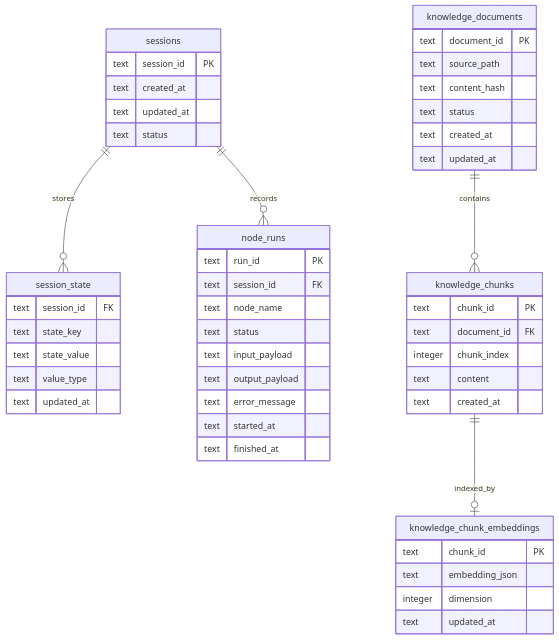
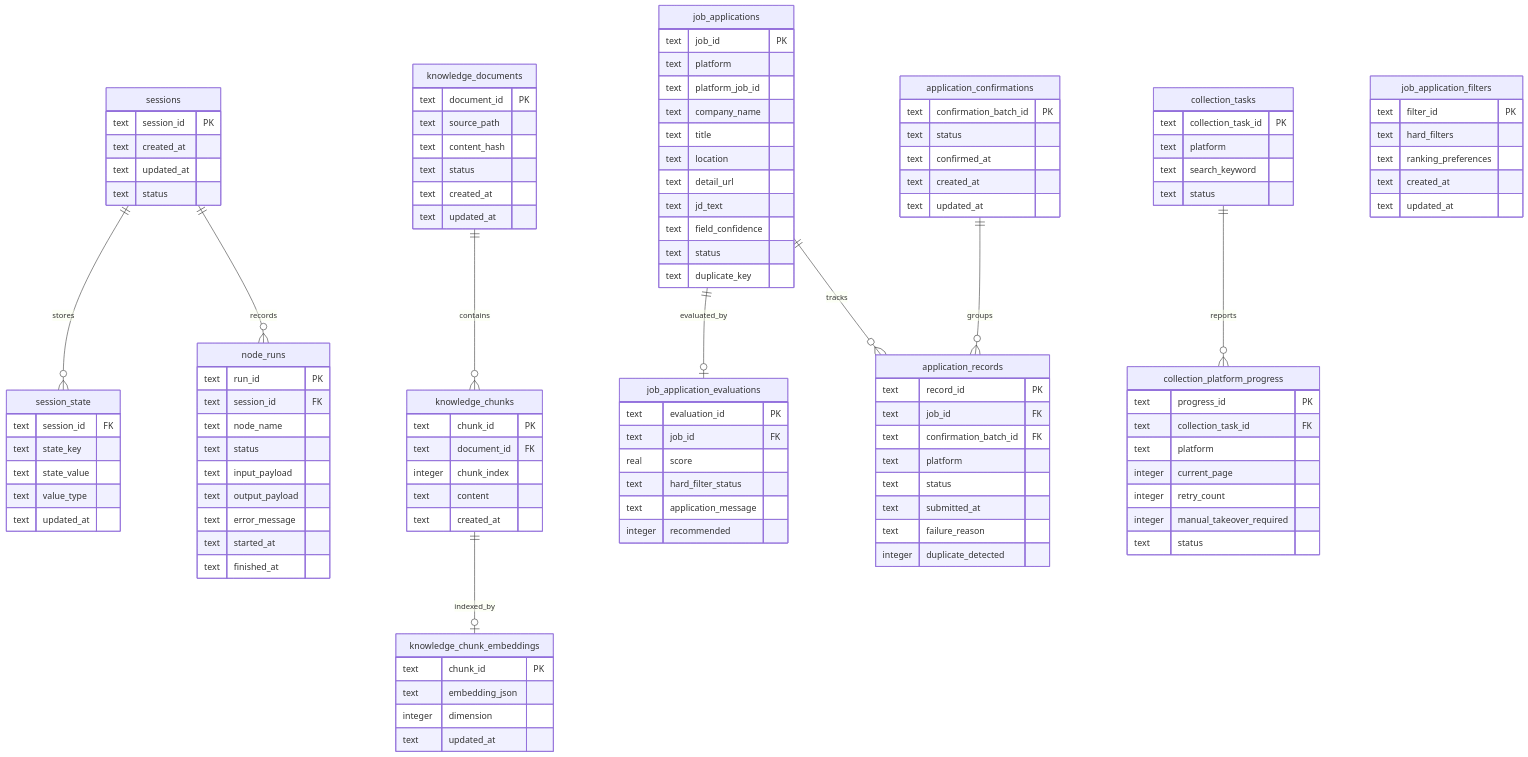
One commit to kaomianjin2/resume-agent changed the fourth of 4 diagrams in docs/architecture.md. Above: the diagram before and after it, drawn with Mermaid. The commit also changed other lines of this file and 4 other files, not shown here.

````diff
--- a/docs/architecture.md
+++ b/docs/architecture.md
@@ -172,6 +172,10 @@
     sessions ||--o{ node_runs : records
     knowledge_documents ||--o{ knowledge_chunks : contains
     knowledge_chunks ||--o| knowledge_chunk_embeddings : indexed_by
+    job_applications ||--o| job_application_evaluations : evaluated_by
+    job_applications ||--o{ application_records : tracks
+    application_confirmations ||--o{ application_records : groups
+    collection_tasks ||--o{ collection_platform_progress : reports
 
     sessions {
         text session_id PK
@@ -223,4 +227,71 @@
         integer dimension
         text updated_at
     }
+
+    job_applications {
+        text job_id PK
+        text platform
+        text platform_job_id
+        text company_name
+        text title
+        text location
+        text detail_url
+        text jd_text
+        text field_confidence
+        text status
+        text duplicate_key
+    }
+
+    job_application_filters {
+        text filter_id PK
+        text hard_filters
+        text ranking_preferences
+        text created_at
+        text updated_at
+    }
+
+    job_application_evaluations {
+        text evaluation_id PK
+        text job_id FK
+        real score
+        text hard_filter_status
+        text application_message
+        integer recommended
+    }
+
+    application_confirmations {
+        text confirmation_batch_id PK
+        text status
+        text confirmed_at
+        text created_at
+        text updated_at
+    }
+
+    application_records {
+        text record_id PK
+        text job_id FK
+        text confirmation_batch_id FK
+        text platform
+        text status
+        text submitted_at
+        text failure_reason
+        integer duplicate_detected
+    }
+
+    collection_tasks {
+        text collection_task_id PK
+        text platform
+        text search_keyword
+        text status
+    }
+
+    collection_platform_progress {
+        text progress_id PK
+        text collection_task_id FK
+        text platform
+        integer current_page
+        integer retry_count
+        integer manual_takeover_required
+        text status
+    }
 ```
````
